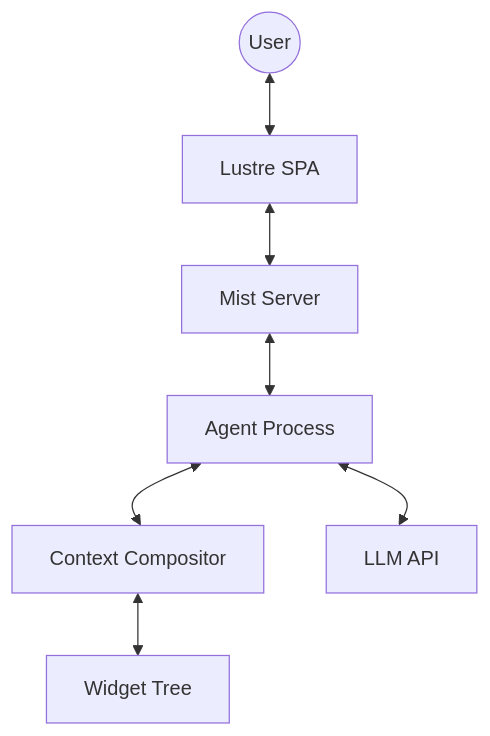
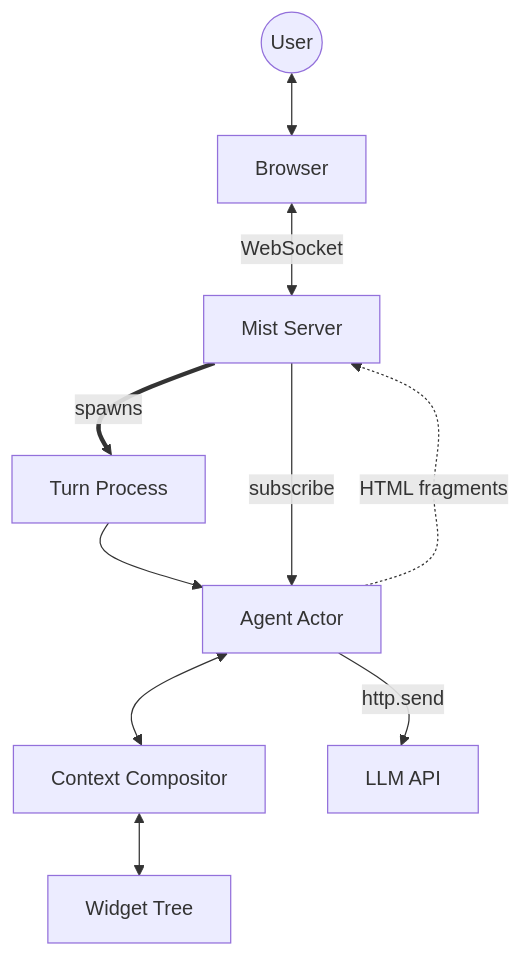
One commit to nilp0inter/eddie changed the diagram in docs/src/overview/README.md. Above: the diagram before and after it, drawn with Mermaid. The commit also changed other lines of this file and 16 other files, not shown here.

First line of the commit message:
Phase 4: Agent loop, web server, and browser frontend

````diff
--- a/docs/src/overview/README.md
+++ b/docs/src/overview/README.md
@@ -7,10 +7,13 @@
 ```mermaid
 %%{init: {'flowchart': {'curve': 'natural'}}}%%
 flowchart TB
-    User((User)) <--> SPA["Lustre SPA"]
-    SPA <--> Server["Mist Server"]
-    Server <--> Agent["Agent Process"]
+    User((User)) <--> Browser["Browser"]
+    Browser <-->|WebSocket| Server["Mist Server"]
+    Server ==>|spawns| TurnProc["Turn Process"]
+    TurnProc --> Agent["Agent Actor"]
+    Server -->|subscribe| Agent
     Agent <--> Context["Context Compositor"]
     Context <--> Widgets["Widget Tree"]
-    Agent <--> LLM["LLM API"]
+    Agent -->|http.send| LLM["LLM API"]
+    Agent -.->|HTML fragments| Server
 ```
````
